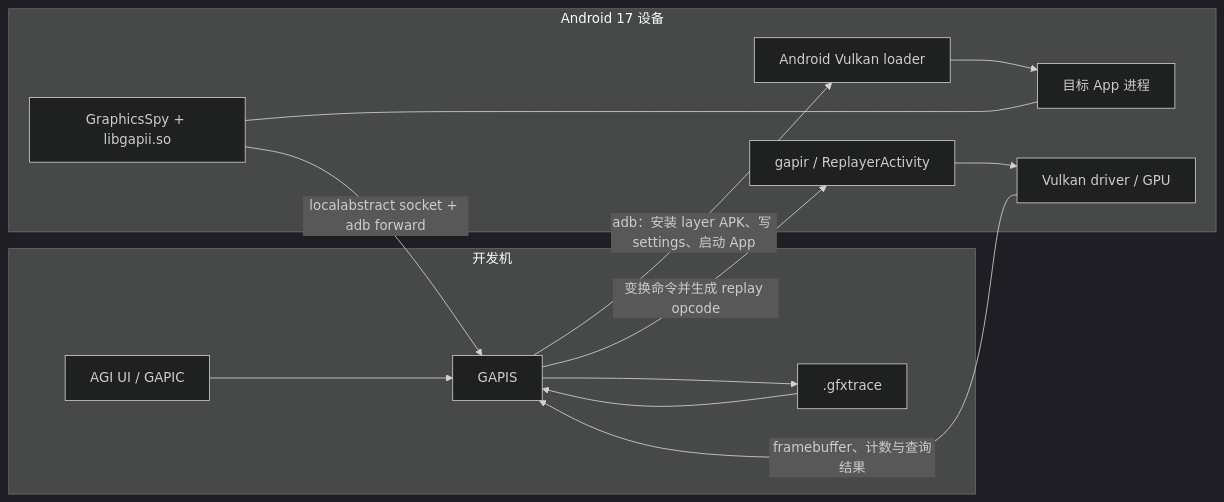
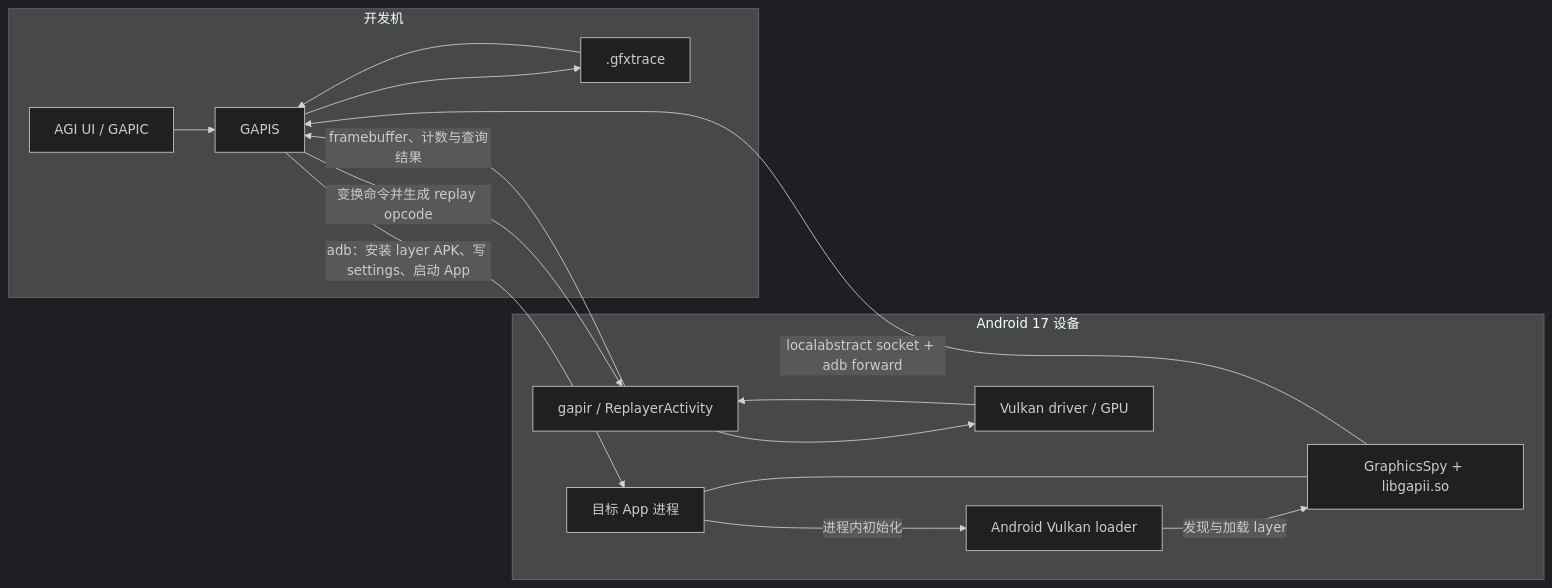
The diagram in src/part3-tools/ch15-other-tools/11-gpu-debug-agi-frame-analysis.md (Gracker/android-internals-wiki), drawn with Mermaid (dark theme) before and after one commit. The commit also changed other lines of this file and 196 other files, not shown here.

````diff
--- a/src/part3-tools/ch15-other-tools/11-gpu-debug-agi-frame-analysis.md
+++ b/src/part3-tools/ch15-other-tools/11-gpu-debug-agi-frame-analysis.md
@@ -467,27 +471,29 @@
 ```mermaid
 flowchart LR
   subgraph Host["开发机"]
     GAPIC["AGI UI / GAPIC"]
     GAPIS["GAPIS"]
     Trace[".gfxtrace"]
   end
 
   subgraph Device["Android 17 设备"]
     Loader["Android Vulkan loader"]
     App["目标 App 进程"]
     Gapii["GraphicsSpy + libgapii.so"]
     Gapir["gapir / ReplayerActivity"]
     Driver["Vulkan driver / GPU"]
   end
 
   GAPIC --> GAPIS
-  GAPIS -->|"adb：安装 layer APK、写 settings、启动 App"| Loader
-  Loader --> App
+  GAPIS -->|"adb：安装 layer APK、写 settings、启动 App"| App
+  App -->|"进程内初始化"| Loader
+  Loader -->|"发现与加载 layer"| Gapii
   Gapii --- App
   Gapii -->|"localabstract socket + adb forward"| GAPIS
   GAPIS --> Trace
   Trace --> GAPIS
   GAPIS -->|"变换命令并生成 replay opcode"| Gapir
   Gapir --> Driver
-  Driver -->|"framebuffer、计数与查询结果"| GAPIS
+  Driver --> Gapir
+  Gapir -->|"framebuffer、计数与查询结果"| GAPIS
 ```
````
